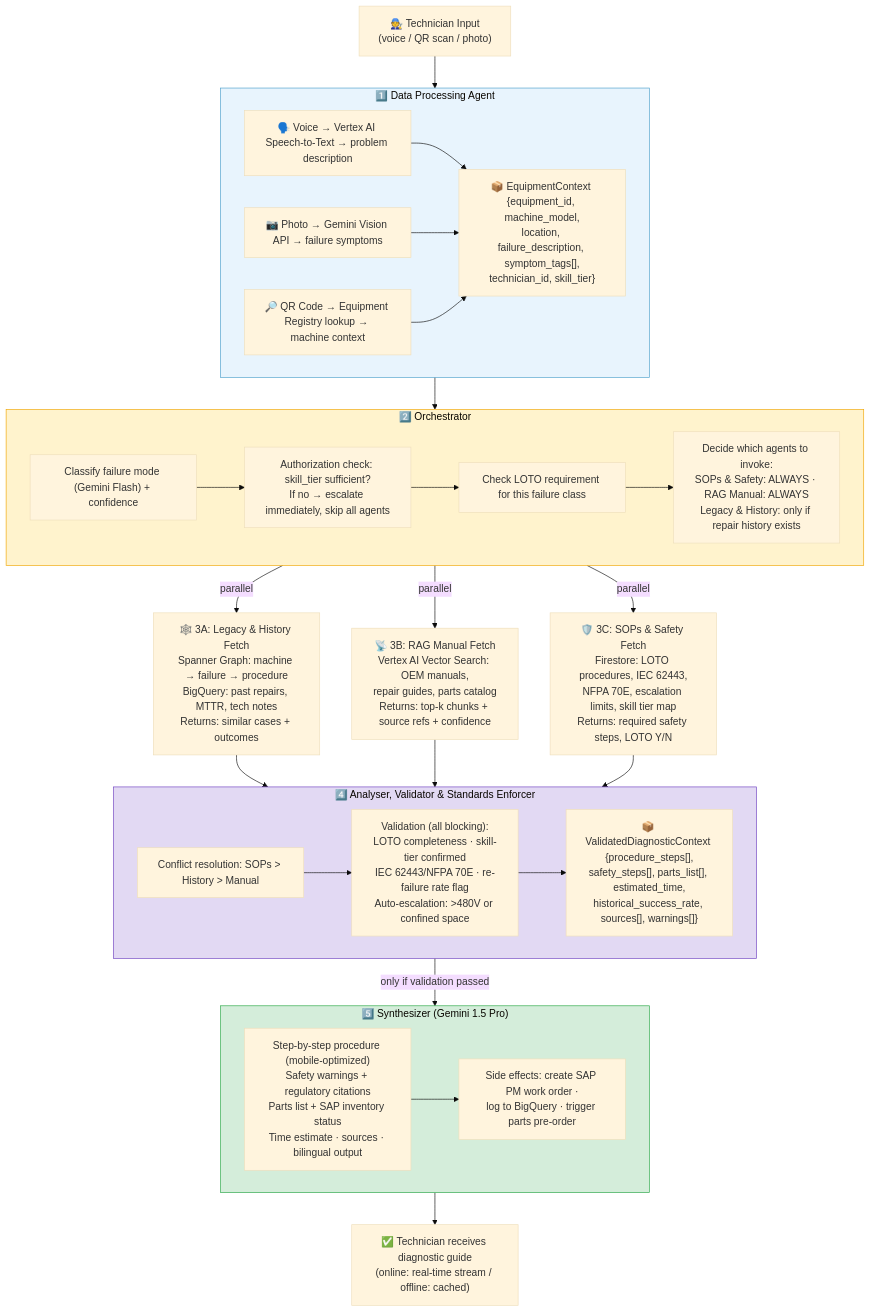
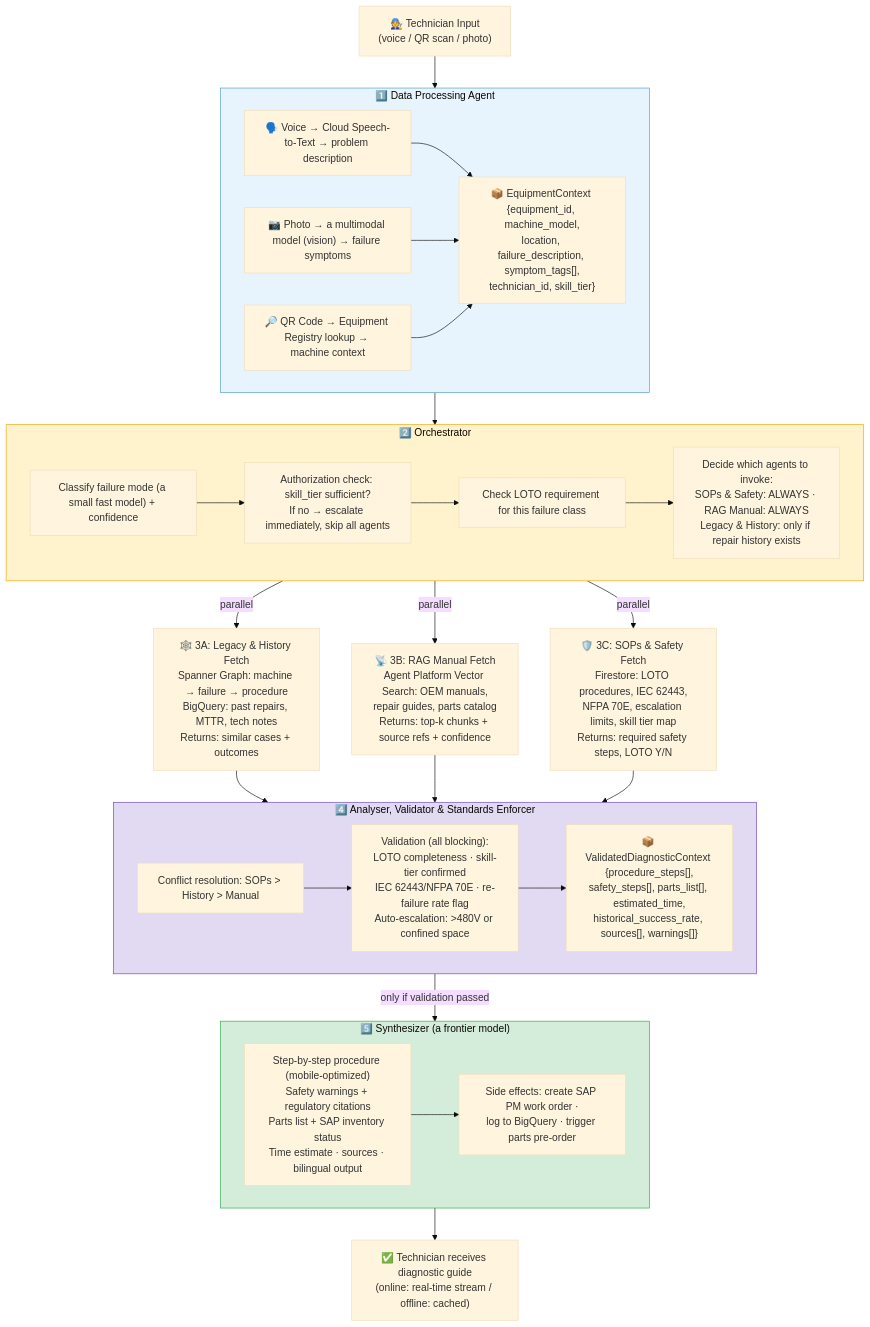
One commit to sundante/sun-course-genai changed the diagram in src/content/16-Production-Agents/SystemDesigns/04-Smart-Diagnostic-Assistant-2.mdx. Above: the diagram before and after it, drawn with Mermaid (base theme). The commit also changed other lines of this file and 59 other files, not shown here.

````diff
--- a/src/content/16-Production-Agents/SystemDesigns/04-Smart-Diagnostic-Assistant-2.mdx
+++ b/src/content/16-Production-Agents/SystemDesigns/04-Smart-Diagnostic-Assistant-2.mdx
@@ -82,58 +82,58 @@
 ```mermaid
 flowchart TD
     IN["🧑‍🔧 Technician Input<br/>(voice / QR scan / photo)"] --> S1
 
     subgraph S1["1️⃣ Data Processing Agent"]
-        V["🗣️ Voice → Vertex AI Speech-to-Text → problem description"]
-        P["📷 Photo → Gemini Vision API → failure symptoms"]
+        V["🗣️ Voice → Cloud Speech-to-Text → problem description"]
+        P["📷 Photo → a multimodal model (vision) → failure symptoms"]
         Q["🔎 QR Code → Equipment Registry lookup → machine context"]
         OUT1["📦 EquipmentContext {equipment_id, machine_model,<br/>location, failure_description, symptom_tags[],<br/>technician_id, skill_tier}"]
         V --> OUT1
         P --> OUT1
         Q --> OUT1
     end
 
     S1 --> S2
 
     subgraph S2["2️⃣ Orchestrator"]
-        O1["Classify failure mode (Gemini Flash) + confidence"]
+        O1["Classify failure mode (a small fast model) + confidence"]
         O2["Authorization check: skill_tier sufficient?<br/>If no → escalate immediately, skip all agents"]
         O3["Check LOTO requirement for this failure class"]
         O4["Decide which agents to invoke:<br/>SOPs & Safety: ALWAYS · RAG Manual: ALWAYS<br/>Legacy & History: only if repair history exists"]
         O1 --> O2 --> O3 --> O4
     end
 
     S2 -->|parallel| S3A
     S2 -->|parallel| S3B
     S2 -->|parallel| S3C
 
     S3A["🕸️ 3A: Legacy & History Fetch<br/>Spanner Graph: machine → failure → procedure<br/>BigQuery: past repairs, MTTR, tech notes<br/>Returns: similar cases + outcomes"]
-    S3B["📡 3B: RAG Manual Fetch<br/>Vertex AI Vector Search: OEM manuals,<br/>repair guides, parts catalog<br/>Returns: top-k chunks + source refs + confidence"]
+    S3B["📡 3B: RAG Manual Fetch<br/>Agent Platform Vector Search: OEM manuals,<br/>repair guides, parts catalog<br/>Returns: top-k chunks + source refs + confidence"]
     S3C["🛡️ 3C: SOPs & Safety Fetch<br/>Firestore: LOTO procedures, IEC 62443,<br/>NFPA 70E, escalation limits, skill tier map<br/>Returns: required safety steps, LOTO Y/N"]
 
     S3A --> S4
     S3B --> S4
     S3C --> S4
 
     subgraph S4["4️⃣ Analyser, Validator & Standards Enforcer"]
         VA1["Conflict resolution: SOPs &gt; History &gt; Manual"]
         VA2["Validation (all blocking):<br/>LOTO completeness · skill-tier confirmed<br/>IEC 62443/NFPA 70E · re-failure rate flag<br/>Auto-escalation: &gt;480V or confined space"]
         VA3["📦 ValidatedDiagnosticContext {procedure_steps[],<br/>safety_steps[], parts_list[], estimated_time,<br/>historical_success_rate, sources[], warnings[]}"]
         VA1 --> VA2 --> VA3
     end
 
     S4 -->|only if validation passed| S5
 
-    subgraph S5["5️⃣ Synthesizer (Gemini 1.5 Pro)"]
+    subgraph S5["5️⃣ Synthesizer (a frontier model)"]
         G1["Step-by-step procedure (mobile-optimized)<br/>Safety warnings + regulatory citations<br/>Parts list + SAP inventory status<br/>Time estimate · sources · bilingual output"]
         G2["Side effects: create SAP PM work order ·<br/>log to BigQuery · trigger parts pre-order"]
         G1 --> G2
     end
 
     S5 --> OUT["✅ Technician receives diagnostic guide<br/>(online: real-time stream / offline: cached)"]
 
     style S1 fill:#e8f4fd,stroke:#4a9eca
     style S2 fill:#fff3cd,stroke:#f0a500
     style S4 fill:#e2d9f3,stroke:#6f42c1
     style S5 fill:#d4edda,stroke:#28a745
 ```
````
